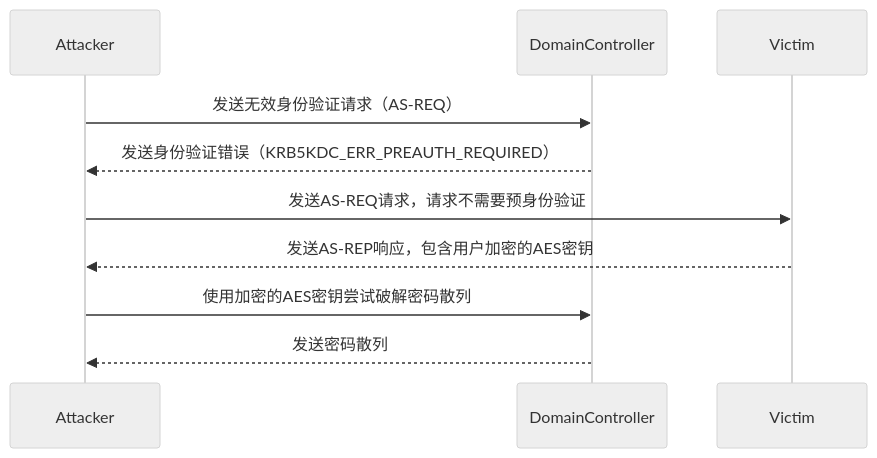
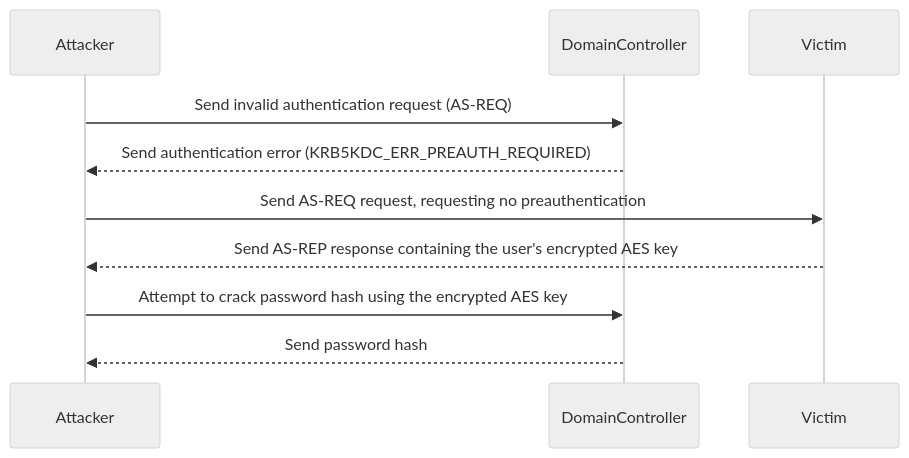
The diagram in Security Testing/Lateral Movement/AS-REP Roasting Attack.md (yingshang/CybersecurityNote_en), drawn with Mermaid (neutral theme) before and after one commit.

Commit message:
Update AS-REP Roasting Attack.md

````diff
--- a/Security Testing/Lateral Movement/AS-REP Roasting Attack.md
+++ b/Security Testing/Lateral Movement/AS-REP Roasting Attack.md
@@ -13,14 +13,14 @@
 ```mermaid
 sequenceDiagram
     participant Attacker
     participant DomainController
     participant Victim
 
-    Attacker ->> DomainController: 发送无效身份验证请求（AS-REQ）
-    DomainController -->> Attacker: 发送身份验证错误（KRB5KDC_ERR_PREAUTH_REQUIRED）
-    Attacker ->> Victim: 发送AS-REQ请求，请求不需要预身份验证
-    Victim -->> Attacker: 发送AS-REP响应，包含用户加密的AES密钥
-    Attacker ->> DomainController: 使用加密的AES密钥尝试破解密码散列
-    DomainController -->> Attacker: 发送密码散列
+    Attacker ->> DomainController: Send invalid authentication request (AS-REQ)
+    DomainController -->> Attacker: Send authentication error (KRB5KDC_ERR_PREAUTH_REQUIRED)
+    Attacker ->> Victim: Send AS-REQ request, requesting no preauthentication
+    Victim -->> Attacker: Send AS-REP response containing the user's encrypted AES key
+    Attacker ->> DomainController: Attempt to crack password hash using the encrypted AES key
+    DomainController -->> Attacker: Send password hash
 
 ```
````
